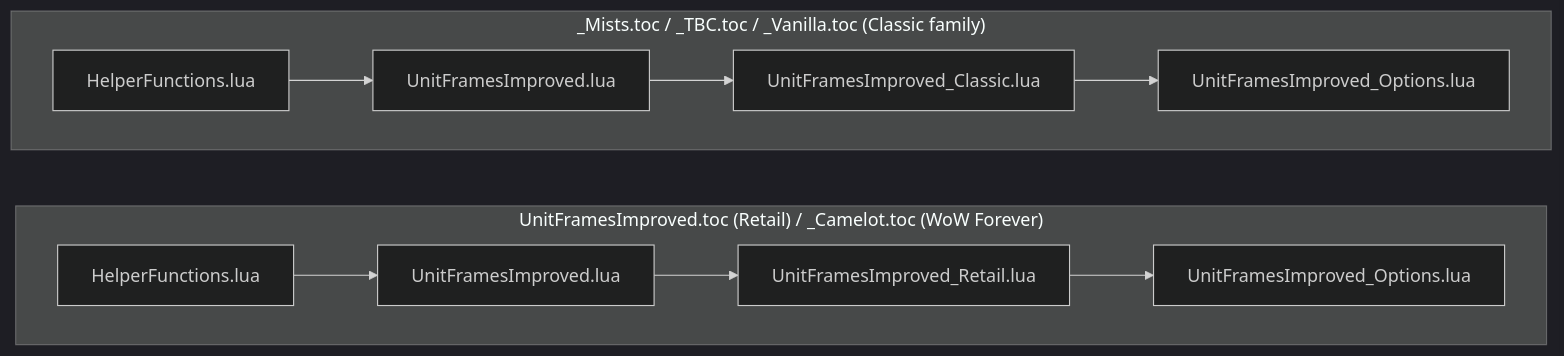
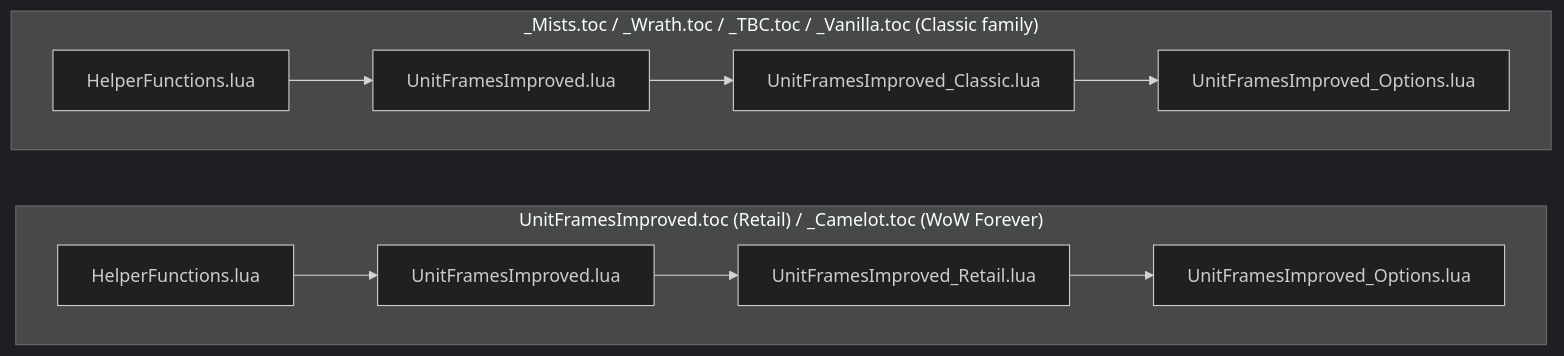
The first of 5 diagrams in ARCHITECTURE.md (kiforsbe/UnitFramesImproved), drawn with Mermaid (dark theme) before and after one commit. The commit also changed other lines of this file and 5 other files, not shown here.

First line of the commit message:
Add a Wrath TOC

````diff
--- a/ARCHITECTURE.md
+++ b/ARCHITECTURE.md
@@ -32,11 +32,11 @@
 ```mermaid
 flowchart LR
     subgraph M["UnitFramesImproved.toc (Retail) / _Camelot.toc (WoW Forever)"]
         direction LR
         H1[HelperFunctions.lua] --> S1[UnitFramesImproved.lua] --> F1[UnitFramesImproved_Retail.lua] --> O1[UnitFramesImproved_Options.lua]
     end
-    subgraph C["_Mists.toc / _TBC.toc / _Vanilla.toc (Classic family)"]
+    subgraph C["_Mists.toc / _Wrath.toc / _TBC.toc / _Vanilla.toc (Classic family)"]
         direction LR
         H2[HelperFunctions.lua] --> S2[UnitFramesImproved.lua] --> F2[UnitFramesImproved_Classic.lua] --> O2[UnitFramesImproved_Options.lua]
     end
 ```
````
